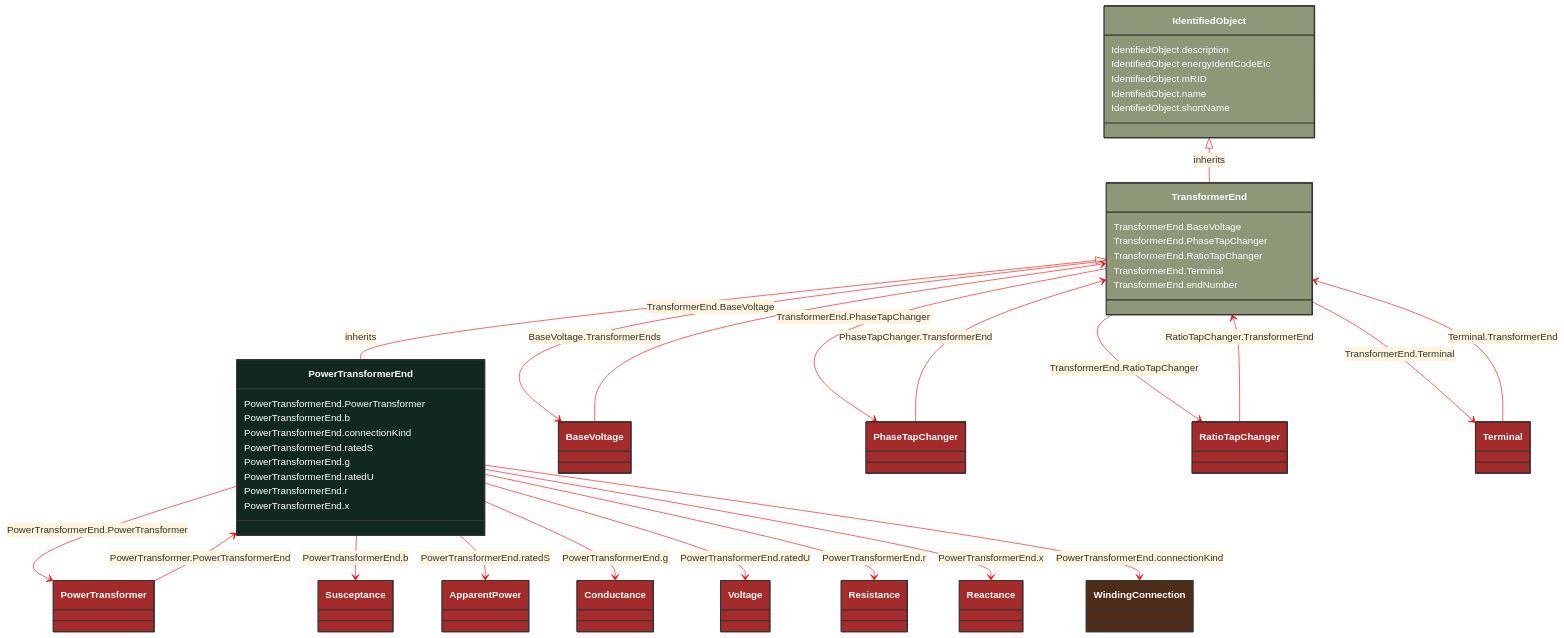
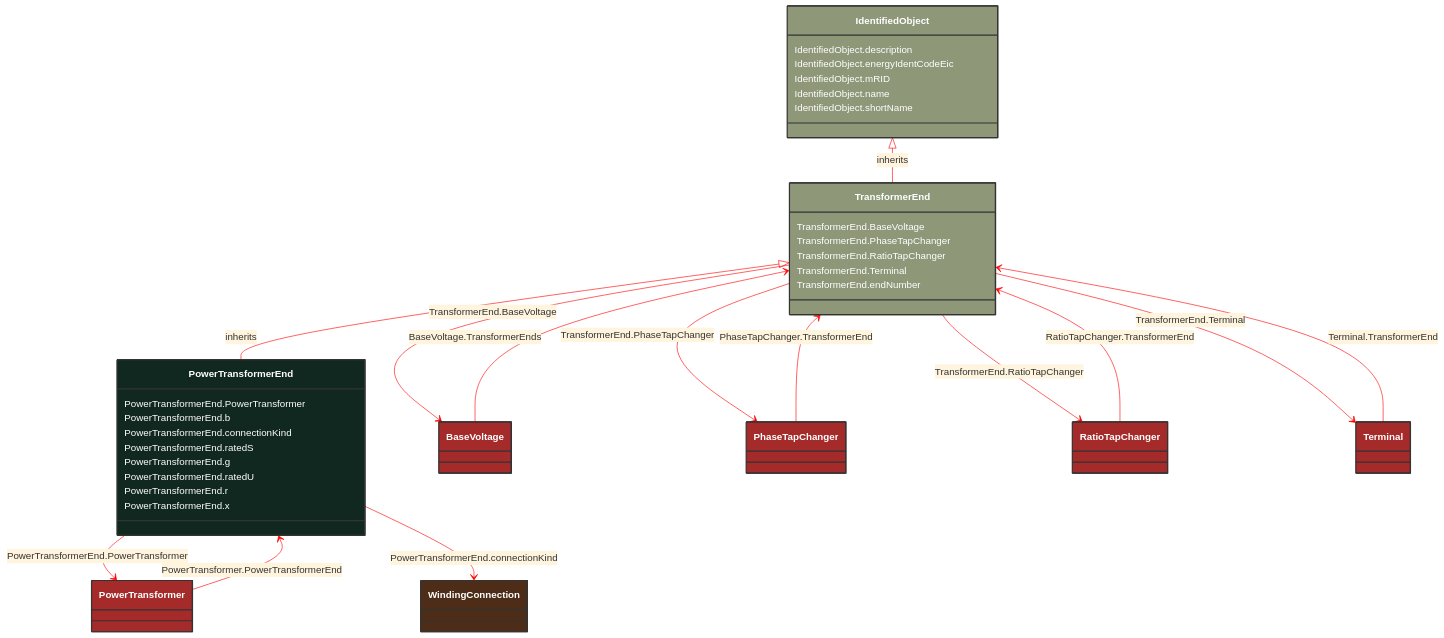
Before and after one commit to 3lbits/NoCIMExtensions: the diagram in docs/Models/Profiles/CoreEquipment/ConcreteClasses/PowerTransformerEnd.md, drawn with Mermaid. The commit also changed other lines of this file and 397 other files, not shown here.

First line of the commit message:
Refactor CIM schemas to introduce abstract classes and consolidate data types

```diff
--- a/docs/Models/Profiles/CoreEquipment/ConcreteClasses/PowerTransformerEnd.md
+++ b/docs/Models/Profiles/CoreEquipment/ConcreteClasses/PowerTransformerEnd.md
@@ -19,11 +19,11 @@
     style PowerTransformerEnd fill:#102820,stroke:#333,stroke-width:2px,rx:10,ry:10,color:white
      
         TransformerEnd <|-- PowerTransformerEnd : inherits
-            click TransformerEnd href "/Models/Profiles/CoreEquipment/ConcreteClasses/TransformerEnd/"
+            click TransformerEnd href "/Models/Profiles/CoreEquipment/AbstractClasses/TransformerEnd/"
             style TransformerEnd fill:#8F9779,stroke:#333,stroke-width:2px,rx:10,ry:10,color:white
      
         IdentifiedObject <|-- TransformerEnd : inherits
-            click IdentifiedObject href "/Models/Profiles/CoreEquipment/ConcreteClasses/IdentifiedObject/"
+            click IdentifiedObject href "/Models/Profiles/CoreEquipment/AbstractClasses/IdentifiedObject/"
             style IdentifiedObject fill:#8F9779,stroke:#333,stroke-width:2px,rx:10,ry:10,color:white
 
         PowerTransformerEnd --> PowerTransformer : PowerTransformerEnd.PowerTransformer
@@ -31,36 +31,6 @@
         PowerTransformer
             click PowerTransformer href "/Models/Profiles/CoreEquipment/ConcreteClasses/PowerTransformer/"
             style PowerTransformer fill:#A52A2A,stroke:#333,stroke-width:2px,rx:10,ry:10,color:white
-        PowerTransformerEnd --> Susceptance : PowerTransformerEnd.b
-
-        Susceptance
-            click Susceptance href "/Models/Profiles/CoreEquipment/ConcreteClasses/Susceptance/"
-            style Susceptance fill:#A52A2A,stroke:#333,stroke-width:2px,rx:10,ry:10,color:white
-        PowerTransformerEnd --> ApparentPower : PowerTransformerEnd.ratedS
-
-        ApparentPower
-            click ApparentPower href "/Models/Profiles/CoreEquipment/ConcreteClasses/ApparentPower/"
-            style ApparentPower fill:#A52A2A,stroke:#333,stroke-width:2px,rx:10,ry:10,color:white
-        PowerTransformerEnd --> Conductance : PowerTransformerEnd.g
-
-        Conductance
-            click Conductance href "/Models/Profiles/CoreEquipment/ConcreteClasses/Conductance/"
-            style Conductance fill:#A52A2A,stroke:#333,stroke-width:2px,rx:10,ry:10,color:white
-        PowerTransformerEnd --> Voltage : PowerTransformerEnd.ratedU
-
-        Voltage
-            click Voltage href "/Models/Profiles/CoreEquipment/ConcreteClasses/Voltage/"
-            style Voltage fill:#A52A2A,stroke:#333,stroke-width:2px,rx:10,ry:10,color:white
-        PowerTransformerEnd --> Resistance : PowerTransformerEnd.r
-
-        Resistance
-            click Resistance href "/Models/Profiles/CoreEquipment/ConcreteClasses/Resistance/"
-            style Resistance fill:#A52A2A,stroke:#333,stroke-width:2px,rx:10,ry:10,color:white
-        PowerTransformerEnd --> Reactance : PowerTransformerEnd.x
-
-        Reactance
-            click Reactance href "/Models/Profiles/CoreEquipment/ConcreteClasses/Reactance/"
-            style Reactance fill:#A52A2A,stroke:#333,stroke-width:2px,rx:10,ry:10,color:white
         TransformerEnd --> BaseVoltage : TransformerEnd.BaseVoltage
 
         BaseVoltage
@@ -69,7 +39,7 @@
         TransformerEnd --> PhaseTapChanger : TransformerEnd.PhaseTapChanger
 
         PhaseTapChanger
-            click PhaseTapChanger href "/Models/Profiles/CoreEquipment/ConcreteClasses/PhaseTapChanger/"
+            click PhaseTapChanger href "/Models/Profiles/CoreEquipment/AbstractClasses/PhaseTapChanger/"
             style PhaseTapChanger fill:#A52A2A,stroke:#333,stroke-width:2px,rx:10,ry:10,color:white
         TransformerEnd --> RatioTapChanger : TransformerEnd.RatioTapChanger
 
@@ -91,7 +61,7 @@
         PhaseTapChanger --> TransformerEnd : PhaseTapChanger.TransformerEnd
 
         PhaseTapChanger
-            click PhaseTapChanger href "/Models/Profiles/CoreEquipment/ConcreteClasses/PhaseTapChanger/"
+            click PhaseTapChanger href "/Models/Profiles/CoreEquipment/AbstractClasses/PhaseTapChanger/"
             style PhaseTapChanger fill:#A52A2A,stroke:#333,stroke-width:2px,rx:10,ry:10,color:white
 
         PowerTransformer --> PowerTransformerEnd : PowerTransformer.PowerTransformerEnd
```
